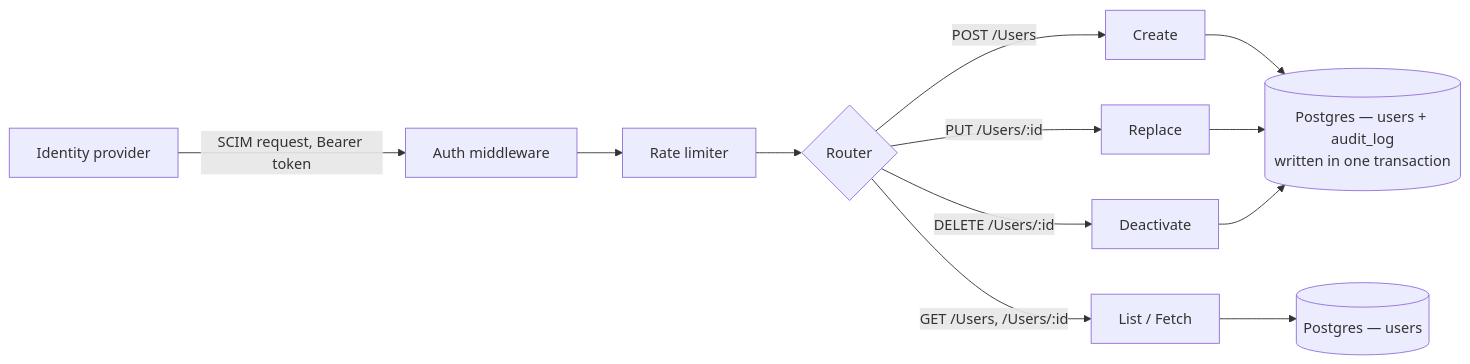
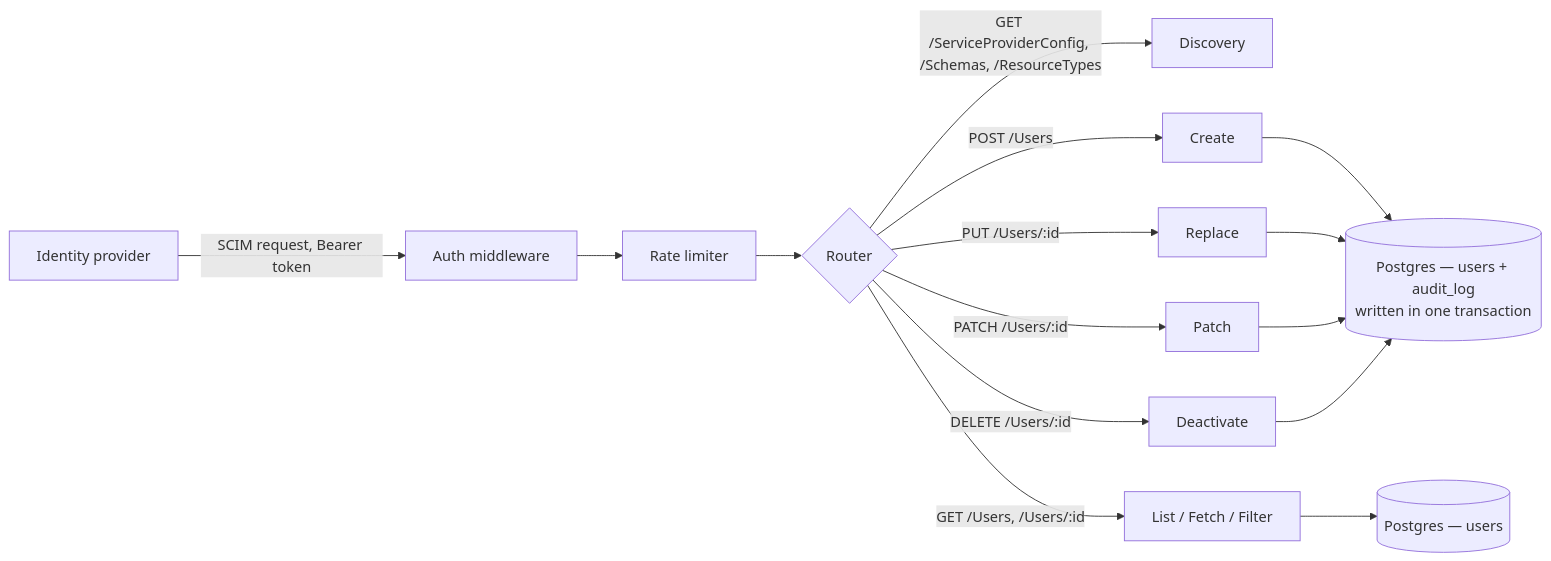
Before and after one commit to meghamahna/SCIMage: the diagram in README.md, drawn with Mermaid. The commit also changed other lines of this file and 26 other files, not shown here.

First line of the commit message:
phase-8: add discovery, externalId, filtering and PATCH

````diff
--- a/README.md
+++ b/README.md
@@ -40,14 +45,17 @@
 ```mermaid
 flowchart LR
     IDP[Identity provider] -->|SCIM request, Bearer token| AUTH[Auth middleware]
     AUTH --> RL[Rate limiter]
     RL --> ROUTER{Router}
+    ROUTER -->|GET /ServiceProviderConfig, /Schemas, /ResourceTypes| DISCOVERY[Discovery]
     ROUTER -->|POST /Users| CREATE[Create]
-    ROUTER -->|GET /Users, /Users/:id| READ[List / Fetch]
+    ROUTER -->|GET /Users, /Users/:id| READ[List / Fetch / Filter]
     ROUTER -->|PUT /Users/:id| UPDATE[Replace]
+    ROUTER -->|PATCH /Users/:id| PATCHOP[Patch]
     ROUTER -->|DELETE /Users/:id| DEACTIVATE[Deactivate]
     CREATE --> TX[("Postgres — users + audit_log<br/>written in one transaction")]
     UPDATE --> TX
+    PATCHOP --> TX
     DEACTIVATE --> TX
     READ --> DB[("Postgres — users")]
 ```
````
